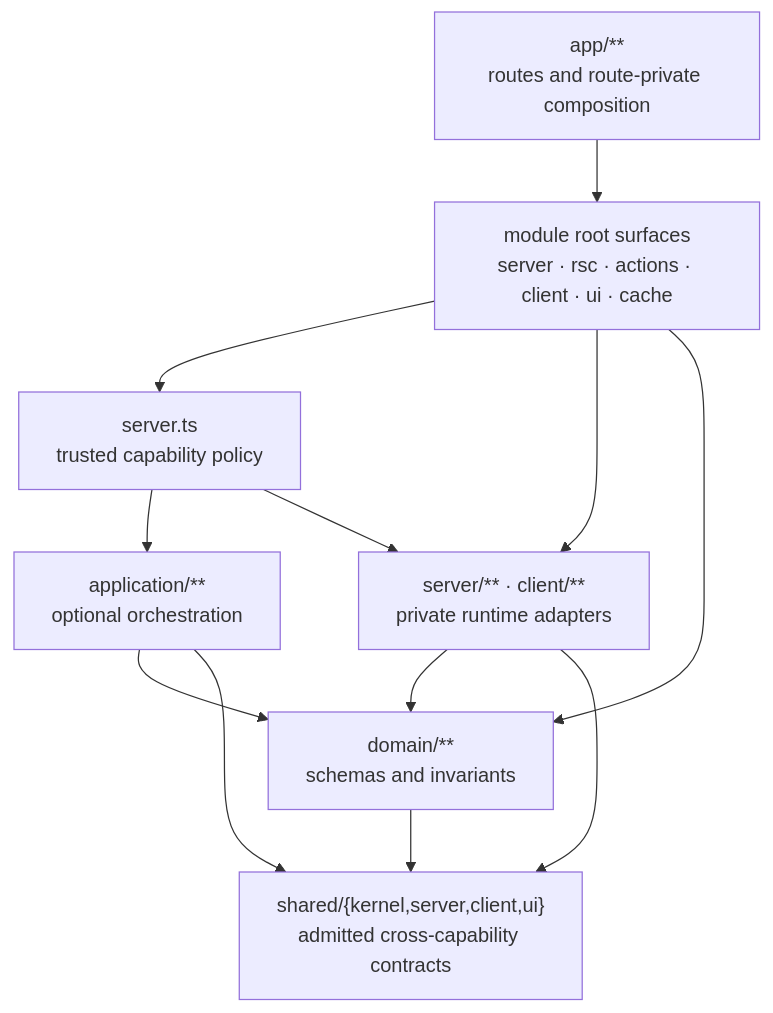
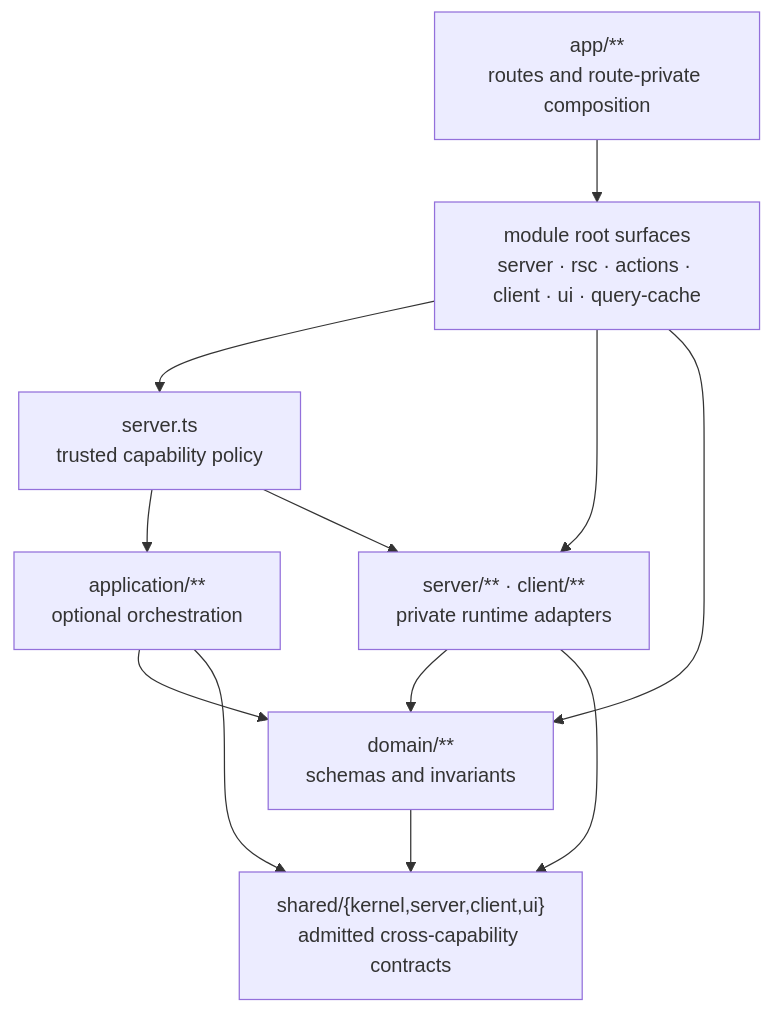
One commit to clicktronix/fullstack-ai-template changed the first of 4 diagrams in wiki/ARCHITECTURE/ARCHITECTURE.md. Above: the diagram before and after it, drawn with Mermaid. The commit also changed other lines of this file and 34 other files, not shown here.

Commit message:
Constrain runtime-neutral query cache surfaces (#7)

````diff
--- a/wiki/ARCHITECTURE/ARCHITECTURE.md
+++ b/wiki/ARCHITECTURE/ARCHITECTURE.md
@@ -9,22 +9,22 @@
 ```mermaid
 flowchart TB
   App["app/**<br/>routes and route-private composition"]
-  Public["module root surfaces<br/>server · rsc · actions · client · ui · cache"]
+  Public["module root surfaces<br/>server · rsc · actions · client · ui · query-cache"]
   Server["server.ts<br/>trusted capability policy"]
   Application["application/**<br/>optional orchestration"]
   Adapters["server/** · client/**<br/>private runtime adapters"]
   Domain["domain/**<br/>schemas and invariants"]
   Shared["shared/{kernel,server,client,ui}<br/>admitted cross-capability contracts"]
 
   App --> Public
   Public --> Server
   Public --> Adapters
   Server --> Application
   Server --> Adapters
   Application --> Domain
   Adapters --> Domain
   Public --> Domain
   Domain --> Shared
   Application --> Shared
   Adapters --> Shared
 ```
````
